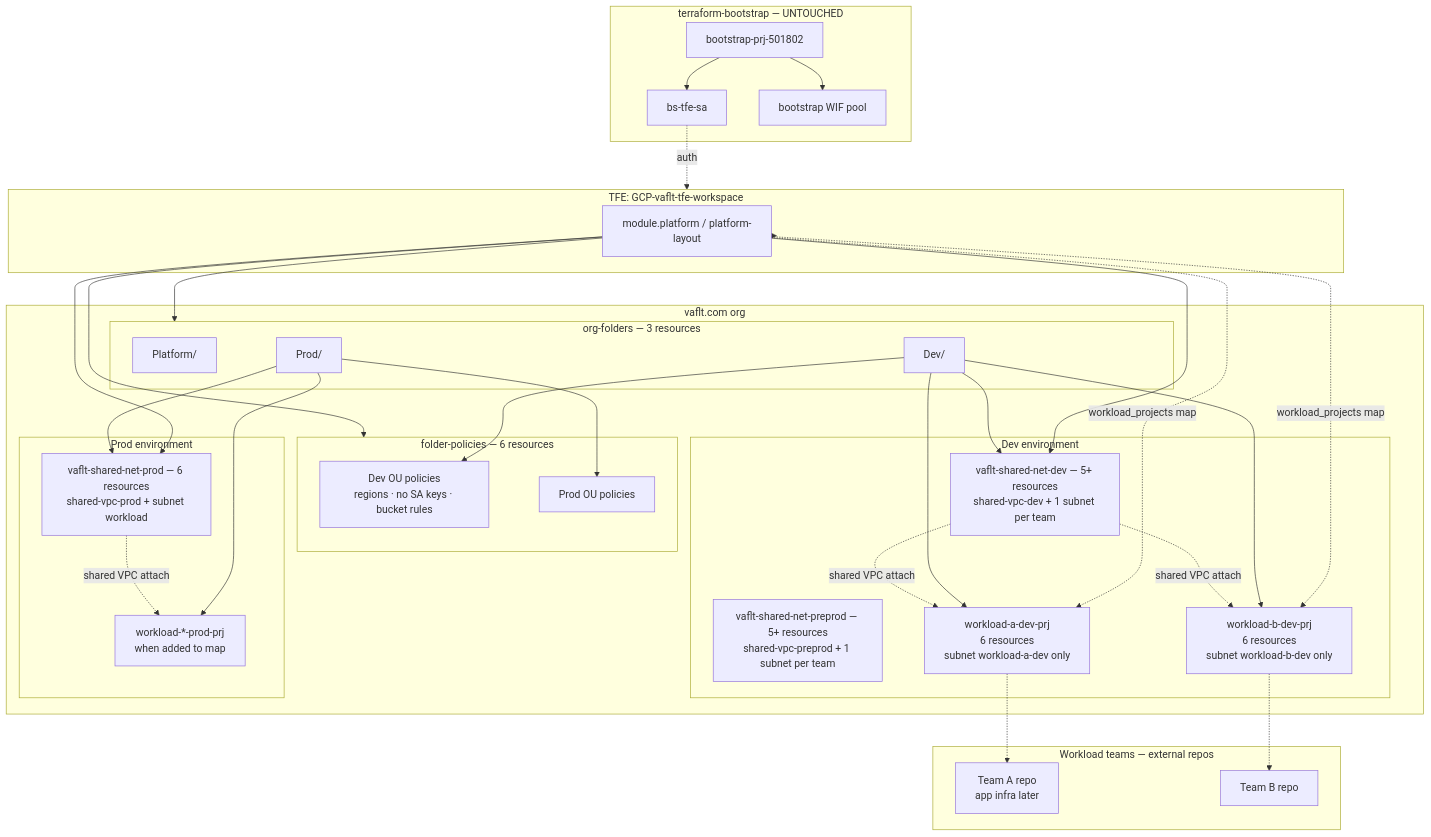
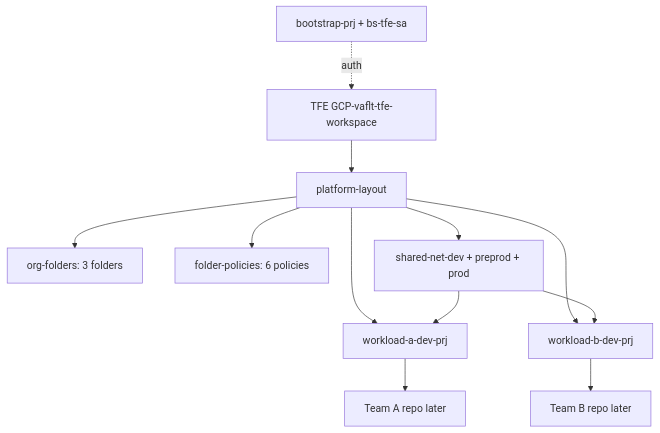
Before and after one commit to UttamGiri/GCP-Bootstrap: the third of 3 diagrams in docs/ARCHITECTURE.md, drawn with Mermaid. The commit also changed other lines of this file, not shown here.

Commit message:
struture added

````diff
--- a/docs/ARCHITECTURE.md
+++ b/docs/ARCHITECTURE.md
@@ -111,66 +166,21 @@
 ```mermaid
 flowchart TB
-  subgraph bootstrap["terraform-bootstrap — UNTOUCHED"]
-    BP["bootstrap-prj-501802"]
-    BSA["bs-tfe-sa"]
-    BWIF["bootstrap WIF pool"]
-    BP --> BSA
-    BP --> BWIF
-  end
+  BOOT["bootstrap-prj + bs-tfe-sa"]
+  TFE["TFE GCP-vaflt-tfe-workspace"]
+  PL["platform-layout"]
 
-  subgraph tfe["TFE: GCP-vaflt-tfe-workspace"]
-    PL["module.platform / platform-layout"]
-  end
+  BOOT -.->|auth| TFE
+  TFE --> PL
 
-  subgraph org["vaflt.com org"]
-    subgraph folders["org-folders — 3 resources"]
-      Fplat["Platform/"]
-      Fdev["Dev/"]
-      Fprod["Prod/"]
-    end
+  PL --> OF["org-folders: 3 folders"]
+  PL --> FP["folder-policies: 6 policies"]
+  PL --> SND["shared-net-dev + preprod + prod"]
+  PL --> WPD["workload-a-dev-prj"]
+  PL --> WPB["workload-b-dev-prj"]
 
-    subgraph policies["folder-policies — 6 resources"]
-      Pdev["Dev OU policies<br/>regions · no SA keys · bucket rules"]
-      Pprod["Prod OU policies"]
-    end
+  SND --> WPD
+  SND --> WPB
 
-    subgraph devEnv["Dev environment"]
-      SNdev["vaflt-shared-net-dev — 5+ resources<br/>shared-vpc-dev + 1 subnet per team"]
-      SNpre["vaflt-shared-net-preprod — 5+ resources<br/>shared-vpc-preprod + 1 subnet per team"]
-      WA["workload-a-dev-prj<br/>6 resources<br/>subnet workload-a-dev only"]
-      WB["workload-b-dev-prj<br/>6 resources<br/>subnet workload-b-dev only"]
-    end
-
-    subgraph prodEnv["Prod environment"]
-      SNprod["vaflt-shared-net-prod — 6 resources<br/>shared-vpc-prod + subnet workload"]
-      WP["workload-*-prod-prj<br/>when added to map"]
-    end
-  end
-
-  BSA -.->|auth| tfe
-  tfe --> PL
-  PL --> folders
-  PL --> policies
-  PL --> SNdev
-  PL --> SNprod
-  PL -.->|workload_projects map| WA
-  PL -.->|workload_projects map| WB
-  Fdev --> SNdev
-  Fdev --> WA
-  Fdev --> WB
-  Fprod --> SNprod
-  Fprod --> WP
-  Fdev --> Pdev
-  Fprod --> Pprod
-  SNdev -.->|shared VPC attach| WA
-  SNdev -.->|shared VPC attach| WB
-  SNprod -.->|shared VPC attach| WP
-
-  subgraph teams["Workload teams — external repos"]
-    TRA["Team A repo<br/>app infra later"]
-    TRB["Team B repo"]
-  end
-
-  WA -.-> TRA
-  WB -.-> TRB
+  WPD --> REPA["Team A repo later"]
+  WPB --> REPB["Team B repo later"]
 ```
````
